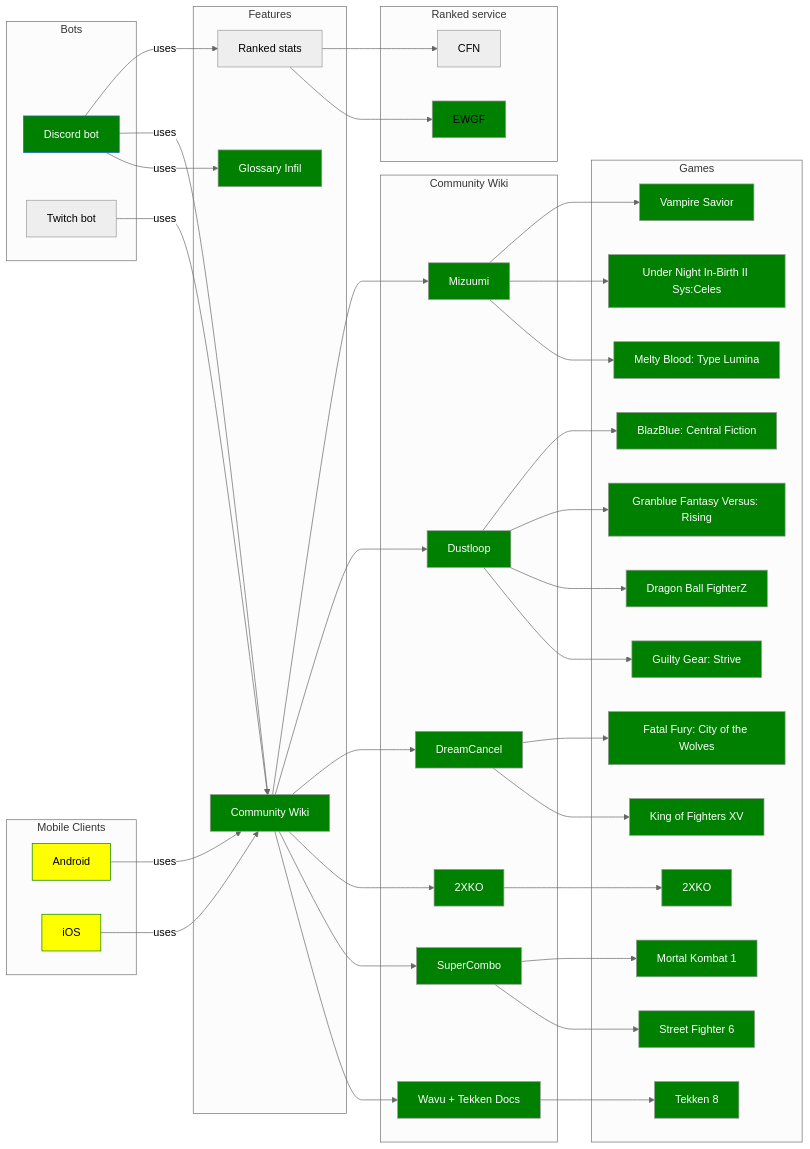
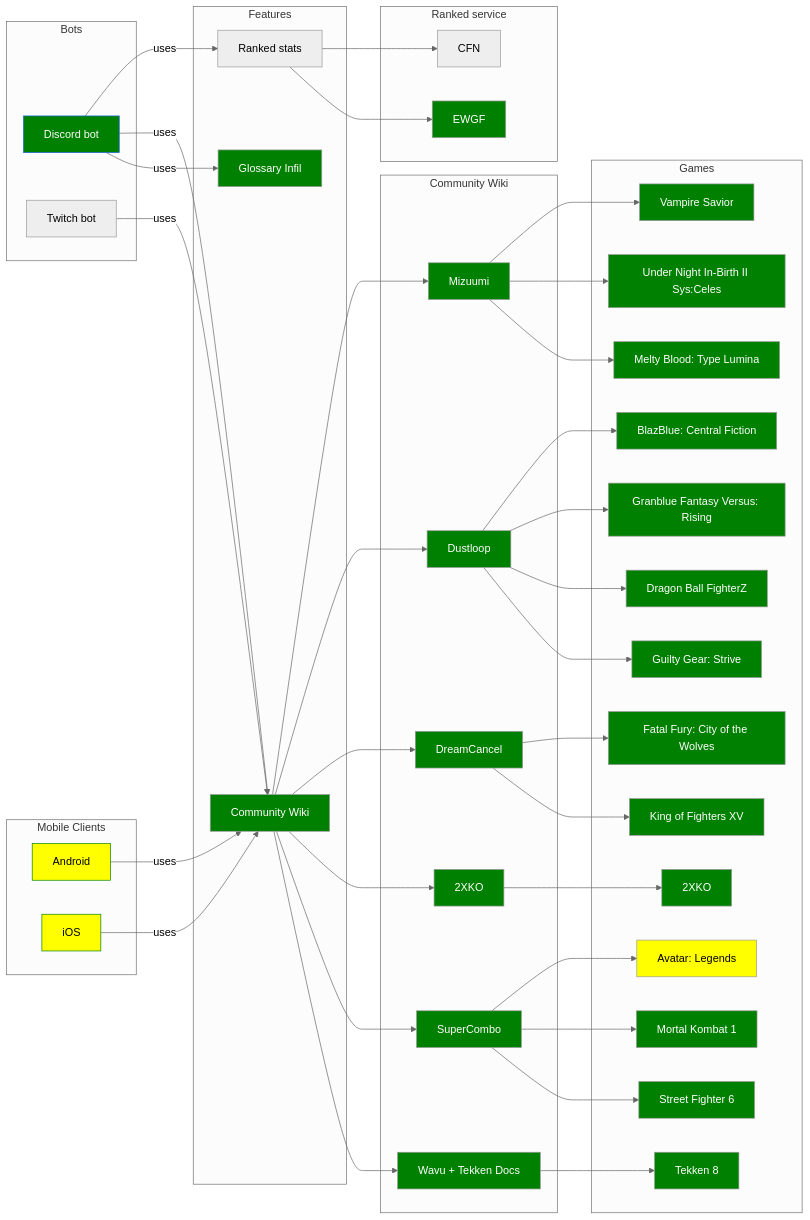
The diagram in README.md (Sophon/FightingNerd), drawn with Mermaid (neutral theme) before and after one commit. The commit also changed 22 other files, not shown here.

````diff
--- a/README.md
+++ b/README.md
@@ -22,111 +22,114 @@
 ```mermaid
 graph LR
-    classDef green fill:green,color:#000
-    classDef grey fill:lightgrey,color:#000
-    classDef yellow fill:#FFEB3B,color:#000
+  classDef green fill:green,color:#000
+  classDef grey fill:lightgrey,color:#000
+  classDef yellow fill:#FFEB3B,color:#000
 
-    subgraph Bots
-        discordBot[Discord bot]
-        twitchBot[Twitch bot]
-    end
+  subgraph Bots
+    discordBot[Discord bot]
+    twitchBot[Twitch bot]
+  end
 
-    subgraph "Mobile Clients"
-        android[Android]
-        iOS[iOS]
-    end
+  subgraph "Mobile Clients"
+    android[Android]
+    iOS[iOS]
+  end
 
-    subgraph Features
-        glossaryInfil[Glossary Infil]
-        communityWiki[Community Wiki]
-        elo[Ranked stats]
-    end
+  subgraph Features
+    glossaryInfil[Glossary Infil]
+    communityWiki[Community Wiki]
+    elo[Ranked stats]
+  end
 
-    subgraph Community Wiki
-        wikiWavu[Wavu + Tekken Docs]
-        supercombo[SuperCombo]
-        2xko[2XKO]
-        dustloop[Dustloop]
-        dreamcancel[DreamCancel]
-        mizuumi[Mizuumi]
-    end
+  subgraph Community Wiki
+    wikiWavu[Wavu + Tekken Docs]
+    supercombo[SuperCombo]
+    2xko[2XKO]
+    dustloop[Dustloop]
+    dreamcancel[DreamCancel]
+    mizuumi[Mizuumi]
+  end
 
-    subgraph Games
-        t8[Tekken 8]
-        sf6[Street Fighter 6]
-        mk1[Mortal Kombat 1]
-        ggst[Guilty Gear: Strive]
-        dbfz[Dragon Ball FighterZ]
-        gbvsr[Granblue Fantasy Versus: Rising]
-        kof15[King of Fighters XV]
-        cotw[Fatal Fury: City of the Wolves]
-        xko[2XKO]
-        melty[Melty Blood: Type Lumina]
-        bbcf[BlazBlue: Central Fiction]
-        uni2[Under Night In-Birth II Sys:Celes]
-        vsav[Vampire Savior]
-    end
+  subgraph Games
+    t8[Tekken 8]
+    sf6[Street Fighter 6]
+    mk1[Mortal Kombat 1]
+    ggst[Guilty Gear: Strive]
+    dbfz[Dragon Ball FighterZ]
+    gbvsr[Granblue Fantasy Versus: Rising]
+    kof15[King of Fighters XV]
+    cotw[Fatal Fury: City of the Wolves]
+    xko[2XKO]
+    melty[Melty Blood: Type Lumina]
+    bbcf[BlazBlue: Central Fiction]
+    uni2[Under Night In-Birth II Sys:Celes]
+    vsav[Vampire Savior]
+    avl[Avatar: Legends]
+  end
 
-    subgraph Ranked service
-        ewgf[EWGF]
-        cfn[CFN]
-    end
+  subgraph Ranked service
+    ewgf[EWGF]
+    cfn[CFN]
+  end
 
-    android -->|uses| communityWiki
-    iOS -->|uses| communityWiki
+  android -->|uses| communityWiki
+  iOS -->|uses| communityWiki
 
-    discordBot -->|uses| glossaryInfil
-    discordBot -->|uses| communityWiki
-    discordBot -->|uses| elo
-    twitchBot -->|uses| communityWiki
+  discordBot -->|uses| glossaryInfil
+  discordBot -->|uses| communityWiki
+  discordBot -->|uses| elo
+  twitchBot -->|uses| communityWiki
 
-    communityWiki --> wikiWavu
-    communityWiki --> supercombo
-    communityWiki --> 2xko
-    communityWiki --> dreamcancel
-    communityWiki --> dustloop
-    communityWiki --> mizuumi
+  communityWiki --> wikiWavu
+  communityWiki --> supercombo
+  communityWiki --> 2xko
+  communityWiki --> dreamcancel
+  communityWiki --> dustloop
+  communityWiki --> mizuumi
 
-    elo --> ewgf
-    elo --> cfn
+  elo --> ewgf
+  elo --> cfn
 
-    wikiWavu --> t8
-    supercombo --> sf6
-    supercombo --> mk1
-    dustloop --> ggst
-    dustloop --> dbfz
-    dustloop --> gbvsr
-    dustloop --> bbcf
-    2xko --> xko
-    dreamcancel --> kof15
-    dreamcancel --> cotw
-    mizuumi --> melty
-    mizuumi --> uni2
-    mizuumi --> vsav
+  wikiWavu --> t8
+  supercombo --> sf6
+  supercombo --> mk1
+  supercombo --> avl
+  dustloop --> ggst
+  dustloop --> dbfz
+  dustloop --> gbvsr
+  dustloop --> bbcf
+  2xko --> xko
+  dreamcancel --> kof15
+  dreamcancel --> cotw
+  mizuumi --> melty
+  mizuumi --> uni2
+  mizuumi --> vsav
 
 
-    style discordBot fill:green,stroke:#2563EB, color:#fff
-    style android fill:yellow,stroke:green, color:#000
-    style iOS fill:yellow,stroke:green, color:#000
-    style glossaryInfil fill:green, color:#fff
-    style communityWiki fill:green, color:#fff
-    style wikiWavu fill:green, color:#fff
-    style supercombo fill:green, color:#fff
-    style dreamcancel fill:green, color:#fff
-    style dustloop fill:green, color:#fff
-    style mizuumi fill:green, color:#fff
-    style 2xko fill:green, color:#fff
-    style t8 fill:green, color:#fff
-    style sf6 fill:green, color:#fff
-    style xko fill:green, color:#fff
-    style kof15 fill:green, color:#fff
-    style cotw fill:green, color:#fff
-    style ggst fill:green, color:#fff
-    style mk1 fill:green, color:#fff
-    style dbfz fill:green, color:#fff
-    style gbvsr fill:green, color:#fff
-    style melty fill:green, color:#fff
-    style bbcf fill:green, color:#fff
-    style uni2 fill:green, color:#fff
-    style vsav fill:green, color:#fff
-    style ewgf fill:green, color:#000
+  style discordBot fill:green,stroke:#2563EB, color:#fff
+  style android fill:yellow,stroke:green, color:#000
+  style iOS fill:yellow,stroke:green, color:#000
+  style glossaryInfil fill:green, color:#fff
+  style communityWiki fill:green, color:#fff
+  style wikiWavu fill:green, color:#fff
+  style supercombo fill:green, color:#fff
+  style dreamcancel fill:green, color:#fff
+  style dustloop fill:green, color:#fff
+  style mizuumi fill:green, color:#fff
+  style 2xko fill:green, color:#fff
+  style t8 fill:green, color:#fff
+  style sf6 fill:green, color:#fff
+  style xko fill:green, color:#fff
+  style kof15 fill:green, color:#fff
+  style cotw fill:green, color:#fff
+  style ggst fill:green, color:#fff
+  style mk1 fill:green, color:#fff
+  style dbfz fill:green, color:#fff
+  style gbvsr fill:green, color:#fff
+  style melty fill:green, color:#fff
+  style bbcf fill:green, color:#fff
+  style uni2 fill:green, color:#fff
+  style vsav fill:green, color:#fff
+  style ewgf fill:green, color:#fff
+  style avl fill:yellow, color:#000
   ```
````
